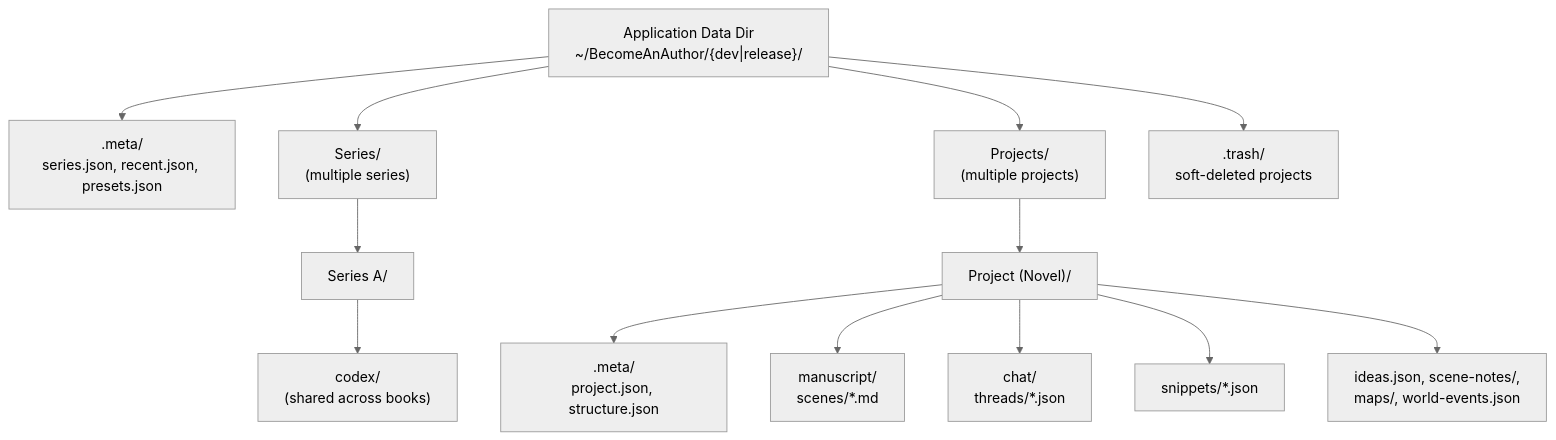
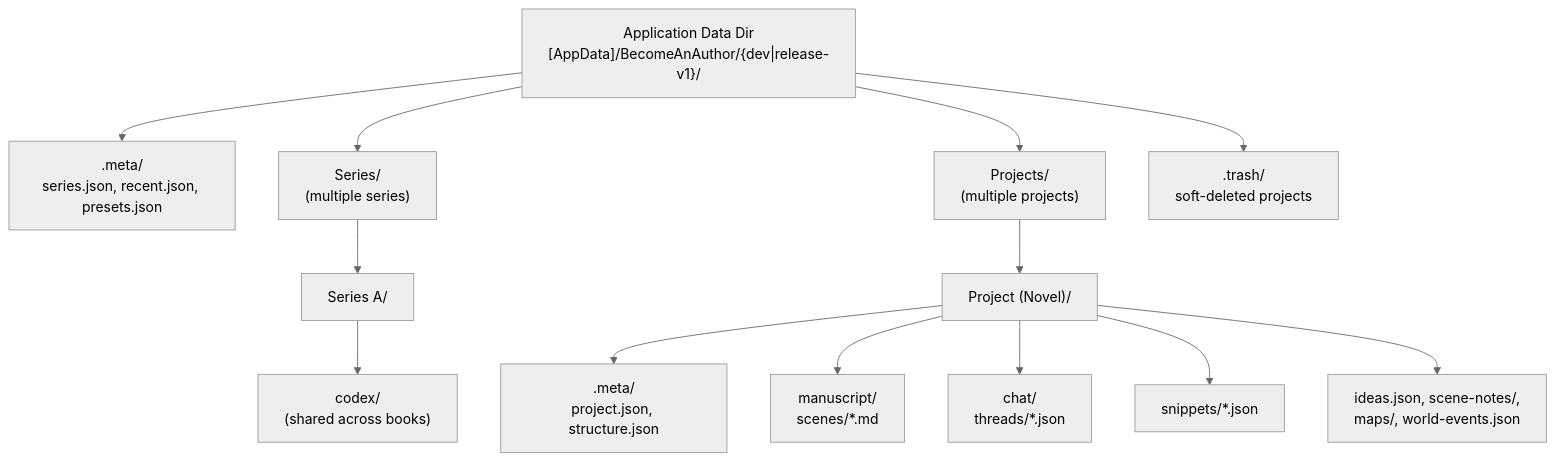
Before and after one commit to Sai-Roopesh/becomeAnAuthor: the fifth of 6 diagrams in docs/hld.md, drawn with Mermaid (neutral theme). The commit also changed 2 other files, not shown here.

Commit message:
docs: update storage paths to reflect OS-specific data dir and release-v1 channel

````diff
--- a/docs/hld.md
+++ b/docs/hld.md
@@ -518,26 +518,26 @@
 ```mermaid
 graph TD
-    App["Application Data Dir<br/>~/BecomeAnAuthor/{dev|release}/"]
+    App["Application Data Dir<br/>[AppData]/BecomeAnAuthor/{dev|release-v1}/"]
     Meta[".meta/<br/>series.json, recent.json, presets.json"]
     Series["Series/<br/>(multiple series)"]
     S1["Series A/"]
     S1Codex["codex/<br/>(shared across books)"]
     Projects["Projects/<br/>(multiple projects)"]
     P1["Project (Novel)/"]
     P1Meta[".meta/<br/>project.json, structure.json"]
     P1Scenes["manuscript/<br/>scenes/*.md"]
     P1Chat["chat/<br/>threads/*.json"]
     P1Snippets["snippets/*.json"]
     P1Other["ideas.json, scene-notes/,<br/>maps/, world-events.json"]
     Trash[".trash/<br/>soft-deleted projects"]
 
     App --> Meta
     App --> Series --> S1 --> S1Codex
     App --> Projects --> P1
     P1 --> P1Meta
     P1 --> P1Scenes
     P1 --> P1Chat
     P1 --> P1Snippets
     P1 --> P1Other
     App --> Trash
 ```
````
